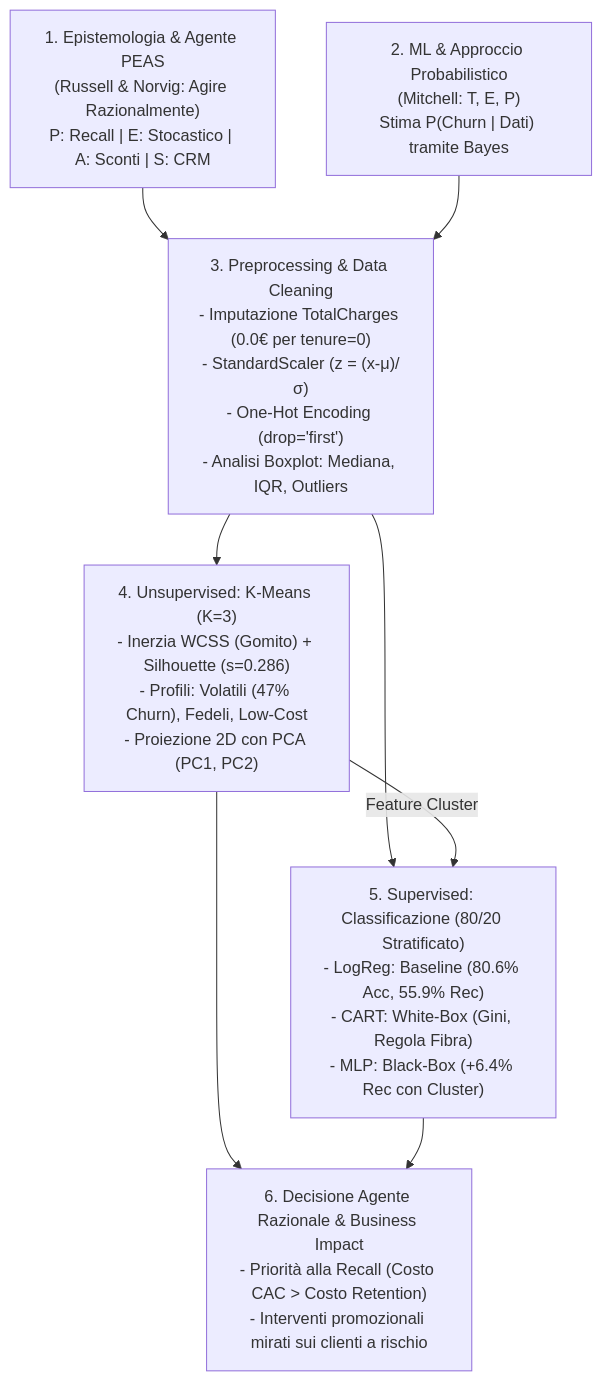
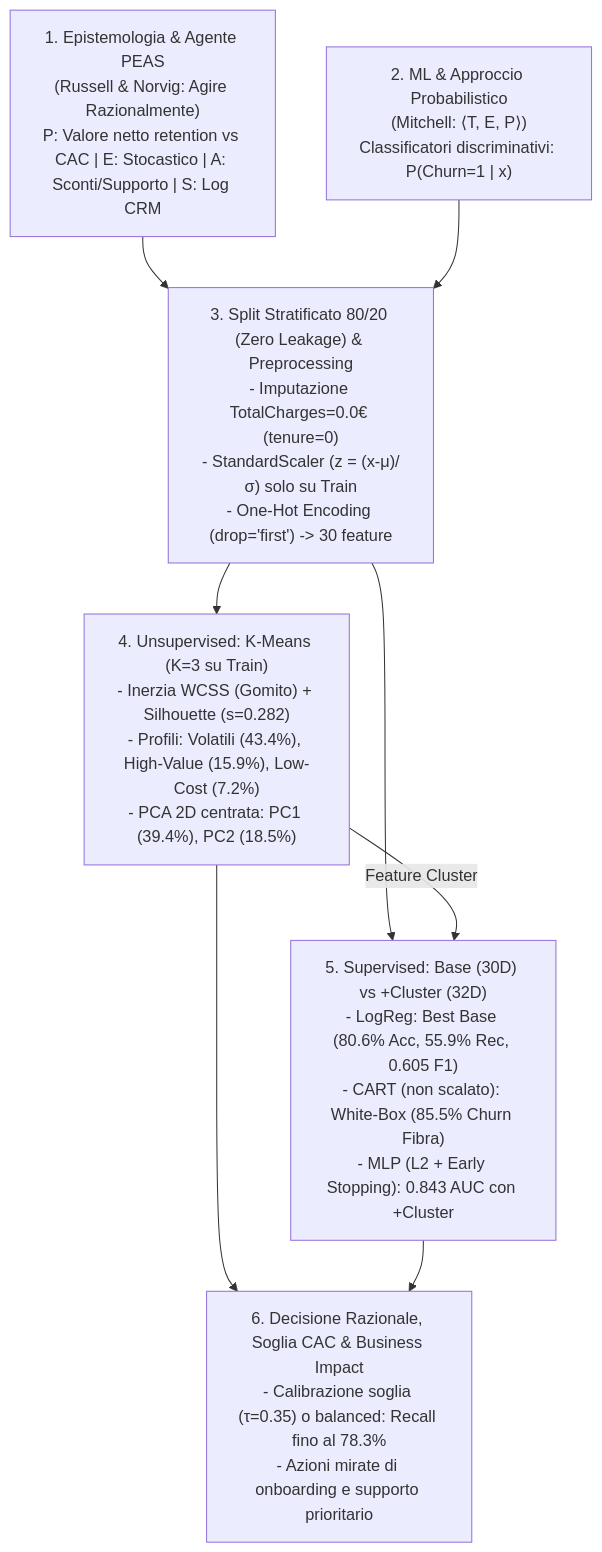
The diagram in guida_esposizione_orale.md (Mantineo-Massimo/IA), drawn with Mermaid before and after one commit. The commit also changed other lines of this file and 19 other files, not shown here.

Commit message:
chore: finalize zero-leakage pipeline, theoretical rigor, and deliverables

````diff
--- a/guida_esposizione_orale.md
+++ b/guida_esposizione_orale.md
@@ -17,12 +11,12 @@
 ```mermaid
 graph TD
-    A["1. Epistemologia & Agente PEAS<br/>(Russell & Norvig: Agire Razionalmente)<br/>P: Recall | E: Stocastico | A: Sconti | S: CRM"] --> C["3. Preprocessing & Data Cleaning<br/>- Imputazione TotalCharges (0.0€ per tenure=0)<br/>- StandardScaler (z = (x-μ)/σ)<br/>- One-Hot Encoding (drop='first')<br/>- Analisi Boxplot: Mediana, IQR, Outliers"]
-    B["2. ML & Approccio Probabilistico<br/>(Mitchell: T, E, P)<br/>Stima P(Churn | Dati) tramite Bayes"] --> C
+    A["1. Epistemologia & Agente PEAS<br/>(Russell & Norvig: Agire Razionalmente)<br/>P: Valore netto retention vs CAC | E: Stocastico | A: Sconti/Supporto | S: Log CRM"] --> C["3. Split Stratificato 80/20 (Zero Leakage) & Preprocessing<br/>- Imputazione TotalCharges=0.0€ (tenure=0)<br/>- StandardScaler (z = (x-μ)/σ) solo su Train<br/>- One-Hot Encoding (drop='first') -> 30 feature"]
+    B["2. ML & Approccio Probabilistico<br/>(Mitchell: ⟨T, E, P⟩)<br/>Classificatori discriminativi: P(Churn=1 | x)"] --> C
 
-    C --> D["4. Unsupervised: K-Means (K=3)<br/>- Inerzia WCSS (Gomito) + Silhouette (s=0.286)<br/>- Profili: Volatili (47% Churn), Fedeli, Low-Cost<br/>- Proiezione 2D con PCA (PC1, PC2)"]
-    C --> E["5. Supervised: Classificazione (80/20 Stratificato)<br/>- LogReg: Baseline (80.6% Acc, 55.9% Rec)<br/>- CART: White-Box (Gini, Regola Fibra)<br/>- MLP: Black-Box (+6.4% Rec con Cluster)"]
+    C --> D["4. Unsupervised: K-Means (K=3 su Train)<br/>- Inerzia WCSS (Gomito) + Silhouette (s=0.282)<br/>- Profili: Volatili (43.4%), High-Value (15.9%), Low-Cost (7.2%)<br/>- PCA 2D centrata: PC1 (39.4%), PC2 (18.5%)"]
+    C --> E["5. Supervised: Base (30D) vs +Cluster (32D)<br/>- LogReg: Best Base (80.6% Acc, 55.9% Rec, 0.605 F1)<br/>- CART (non scalato): White-Box (85.5% Churn Fibra)<br/>- MLP (L2 + Early Stopping): 0.843 AUC con +Cluster"]
 
     D -- "Feature Cluster" --> E
-    D --> F["6. Decisione Agente Razionale & Business Impact<br/>- Priorità alla Recall (Costo CAC > Costo Retention)<br/>- Interventi promozionali mirati sui clienti a rischio"]
+    D --> F["6. Decisione Razionale, Soglia CAC & Business Impact<br/>- Calibrazione soglia (τ=0.35) o balanced: Recall fino al 78.3%<br/>- Azioni mirate di onboarding e supporto prioritario"]
     E --> F
 ```
````
